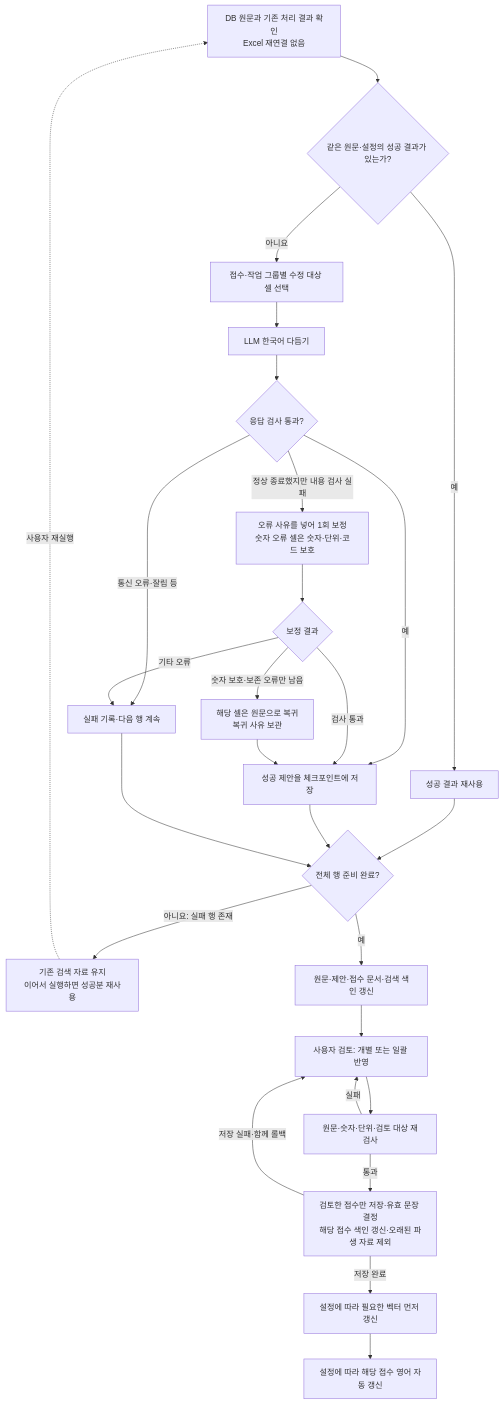
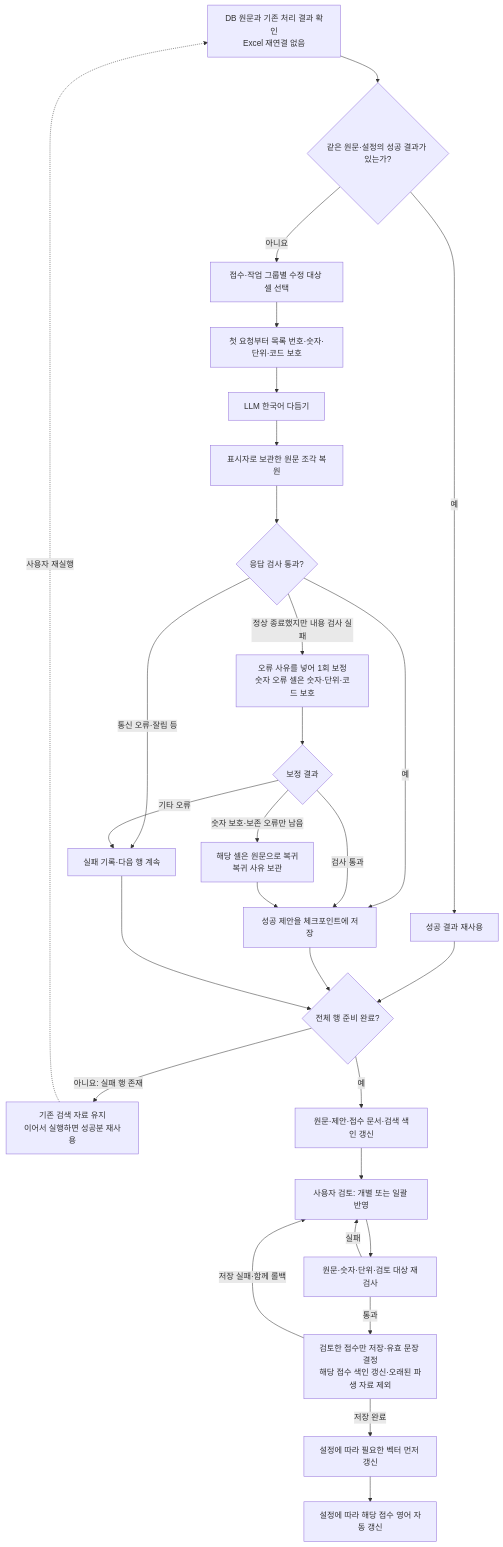
Before and after one commit to pmh10401/cs-excel-rag: the sixth of 19 diagrams in docs/전체-프로그램-플로우.md, drawn with Mermaid. The commit also changed other lines of this file and 12 other files, not shown here.

````diff
--- a/docs/전체-프로그램-플로우.md
+++ b/docs/전체-프로그램-플로우.md
@@ -161,29 +161,31 @@
 ```mermaid
 flowchart TD
     A[DB 원문과 기존 처리 결과 확인<br/>Excel 재연결 없음] --> B{같은 원문·설정의 성공 결과가 있는가?}
     B -->|예| C[성공 결과 재사용]
     B -->|아니요| D[접수·작업 그룹별 수정 대상 셀 선택]
-    D --> E[LLM 한국어 다듬기]
-    E --> F{응답 검사 통과?}
+    D --> NUM[첫 요청부터 목록 번호·숫자·단위·코드 보호]
+    NUM --> E[LLM 한국어 다듬기]
+    E --> RESTORE[표시자로 보관한 원문 조각 복원]
+    RESTORE --> F{응답 검사 통과?}
     F -->|예| G[성공 제안을 체크포인트에 저장]
     F -->|정상 종료했지만 내용 검사 실패| H[오류 사유를 넣어 1회 보정<br/>숫자 오류 셀은 숫자·단위·코드 보호]
     F -->|통신 오류·잘림 등| J[실패 기록·다음 행 계속]
     H --> I{보정 결과}
     I -->|검사 통과| G
     I -->|숫자 보호·보존 오류만 남음| K[해당 셀은 원문으로 복귀<br/>복귀 사유 보관]
     I -->|기타 오류| J
     K --> G
     C --> L{전체 행 준비 완료?}
     G --> L
     J --> L
     L -->|아니요: 실패 행 존재| M[기존 검색 자료 유지<br/>이어서 실행하면 성공분 재사용]
     M -. 사용자 재실행 .-> A
     L -->|예| N[원문·제안·접수 문서·검색 색인 갱신]
     N --> O[사용자 검토: 개별 또는 일괄 반영]
     O --> P[원문·숫자·단위·검토 대상 재검사]
     P -->|통과| R[검토한 접수만 저장·유효 문장 결정<br/>해당 접수 색인 갱신·오래된 파생 자료 제외]
     P -->|실패| O
     R -->|저장 실패·함께 롤백| O
     R -->|저장 완료| S[설정에 따라 필요한 벡터 먼저 갱신]
     S --> T[설정에 따라 해당 접수 영어 자동 갱신]
 ```
````
